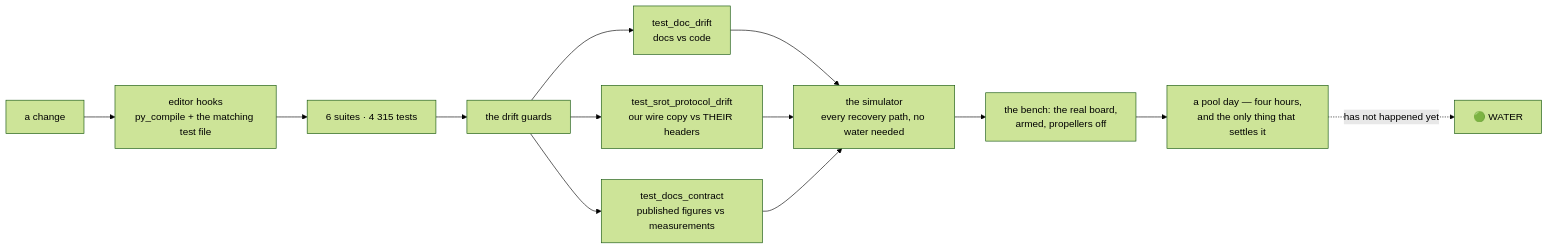
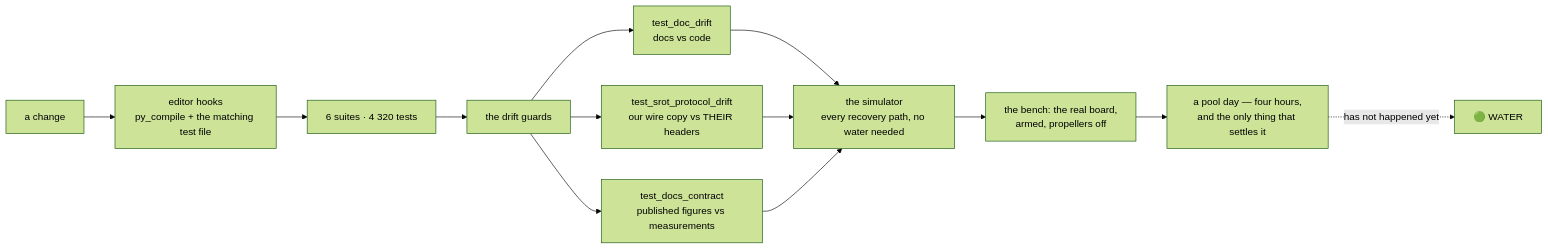
The ninth of 10 diagrams in README.md (fh1m/mongla_ws), drawn with Mermaid (forest theme) before and after one commit. The commit also changed other lines of this file and 46 other files, not shown here.

````diff
--- a/README.md
+++ b/README.md
@@ -752,15 +752,15 @@
 ```mermaid
 flowchart LR
     DEV["a change"] --> HOOK["editor hooks<br/>py_compile + the matching test file"]
-    HOOK --> UNIT["6 suites · 4 315 tests"]
+    HOOK --> UNIT["6 suites · 4 320 tests"]
     UNIT --> GUARD["the drift guards"]
     GUARD --> G1["test_doc_drift<br/>docs vs code"]
     GUARD --> G2["test_srot_protocol_drift<br/>our wire copy vs THEIR headers"]
     GUARD --> G3["test_docs_contract<br/>published figures vs measurements"]
     G1 --> SIM["the simulator<br/>every recovery path, no water needed"]
     G2 --> SIM
     G3 --> SIM
     SIM --> BENCH["the bench: the real board,<br/>armed, propellers off"]
     BENCH --> POOL["a pool day — four hours,<br/>and the only thing that settles it"]
     POOL -.->|"has not happened yet"| WATER["🟢 WATER"]
 ```
````
